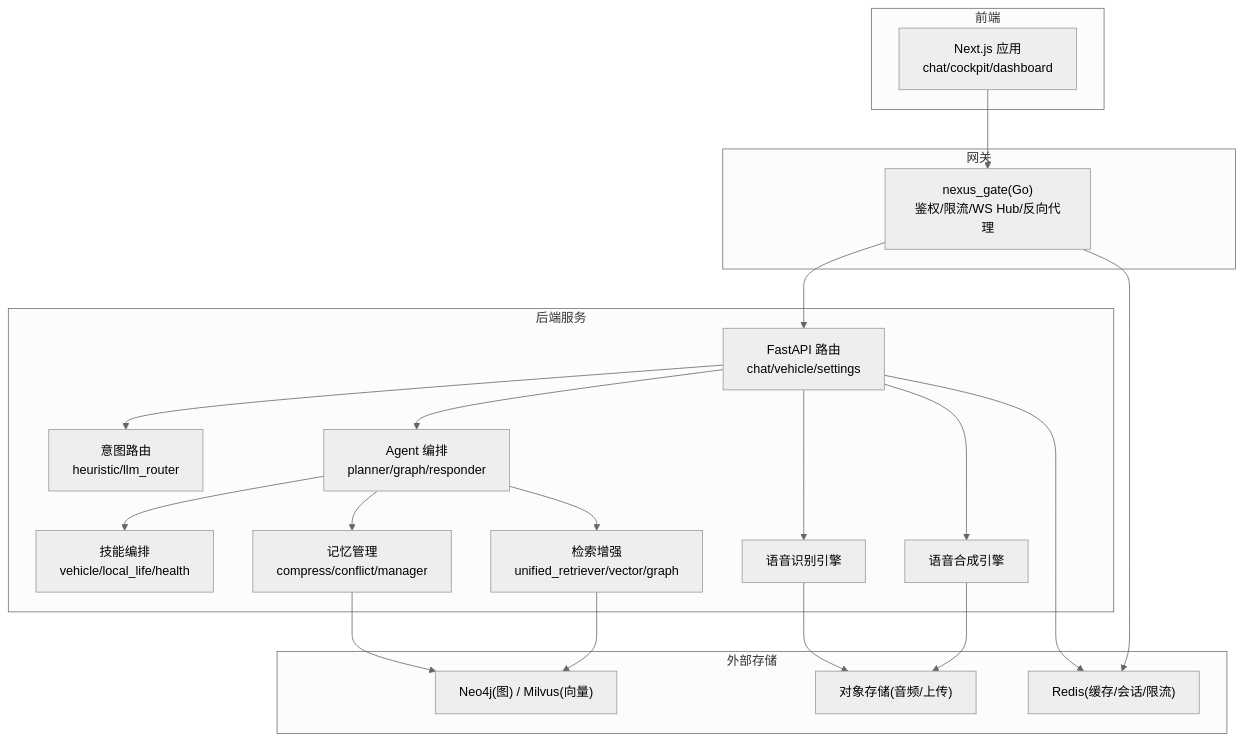
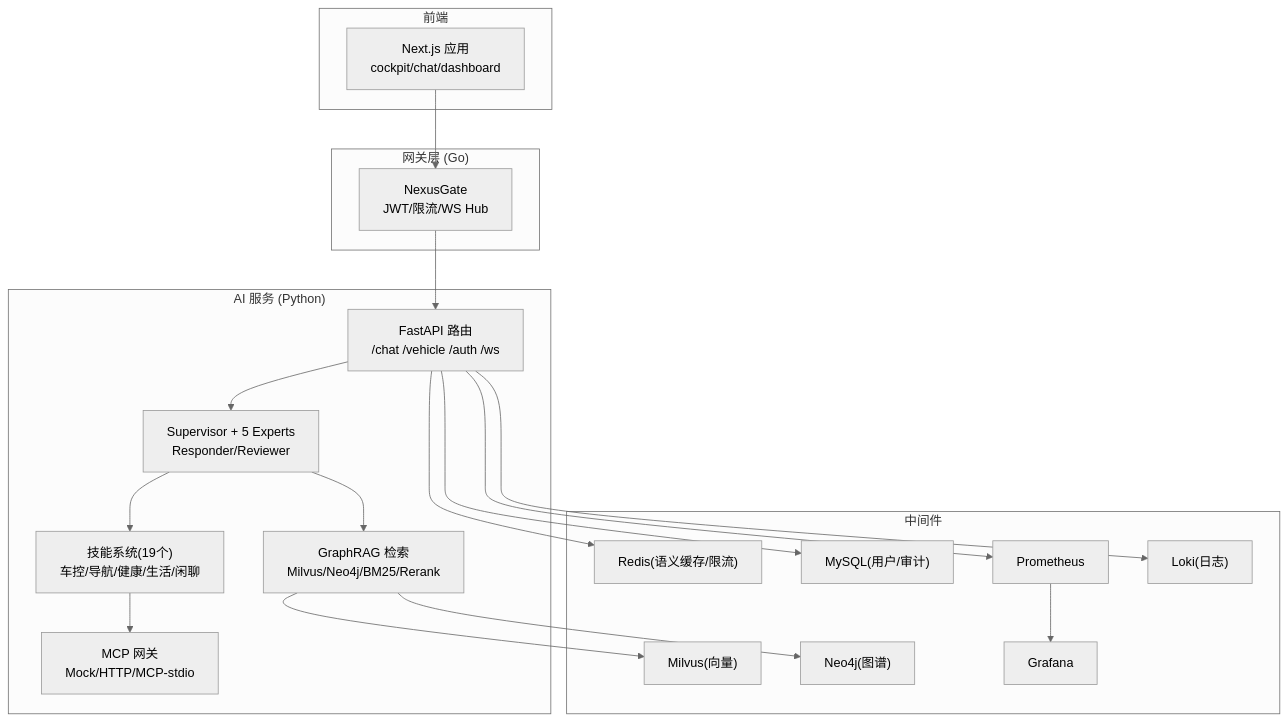
The first of 7 diagrams in .qoder/repowiki/zh/content/项目概述/项目概述.md (zmdhdu/NexusCockpit), drawn with Mermaid (neutral theme) before and after one commit. The commit also changed other lines of this file and 516 other files, not shown here.

````diff
--- a/.qoder/repowiki/zh/content/项目概述/项目概述.md
+++ b/.qoder/repowiki/zh/content/项目概述/项目概述.md
@@ -74,39 +51,38 @@
 ```mermaid
 graph TB
 subgraph "前端"
-FE["Next.js 应用<br/>chat/cockpit/dashboard"]
+FE["Next.js 应用<br/>cockpit/chat/dashboard"]
 end
-subgraph "网关"
-GATE["nexus_gate(Go)<br/>鉴权/限流/WS Hub/反向代理"]
+subgraph "网关层 (Go)"
+Gate["NexusGate<br/>JWT/限流/WS Hub"]
 end
-subgraph "后端服务"
-API["FastAPI 路由<br/>chat/vehicle/settings"]
-AGENT["Agent 编排<br/>planner/graph/responder"]
-INTENT["意图路由<br/>heuristic/llm_router"]
-SKILLS["技能编排<br/>vehicle/local_life/health"]
-MEMORY["记忆管理<br/>compress/conflict/manager"]
-RAG["检索增强<br/>unified_retriever/vector/graph"]
-ASR["语音识别引擎"]
-TTS["语音合成引擎"]
+subgraph "AI 服务 (Python)"
+API["FastAPI 路由<br/>/chat /vehicle /auth /ws"]
+Agent["Supervisor + 5 Experts<br/>Responder/Reviewer"]
+RAG["GraphRAG 检索<br/>Milvus/Neo4j/BM25/Rerank"]
+Skills["技能系统(19个)<br/>车控/导航/健康/生活/闲聊"]
+MCP["MCP 网关<br/>Mock/HTTP/MCP-stdio"]
 end
-subgraph "外部存储"
-DB["Neo4j(图) / Milvus(向量)"]
-REDIS["Redis(缓存/会话/限流)"]
-OSS["对象存储(音频/上传)"]
+subgraph "中间件"
+Redis["Redis(语义缓存/限流)"]
+MySQL["MySQL(用户/审计)"]
+Milvus["Milvus(向量)"]
+Neo4j["Neo4j(图谱)"]
+Prom["Prometheus"]
+Graf["Grafana"]
+Loki["Loki(日志)"]
 end
-FE --> GATE
-GATE --> API
-API --> INTENT
-API --> AGENT
-AGENT --> SKILLS
-AGENT --> MEMORY
-AGENT --> RAG
-API --> ASR
-API --> TTS
-RAG --> DB
-MEMORY --> DB
-GATE --> REDIS
-API --> REDIS
-ASR --> OSS
-TTS --> OSS
+FE --> Gate
+Gate --> API
+API --> Agent
+Agent --> Skills
+Agent --> RAG
+Skills --> MCP
+RAG --> Milvus
+RAG --> Neo4j
+API --> Redis
+API --> MySQL
+API --> Prom
+Prom --> Graf
+API --> Loki
 ```
````
